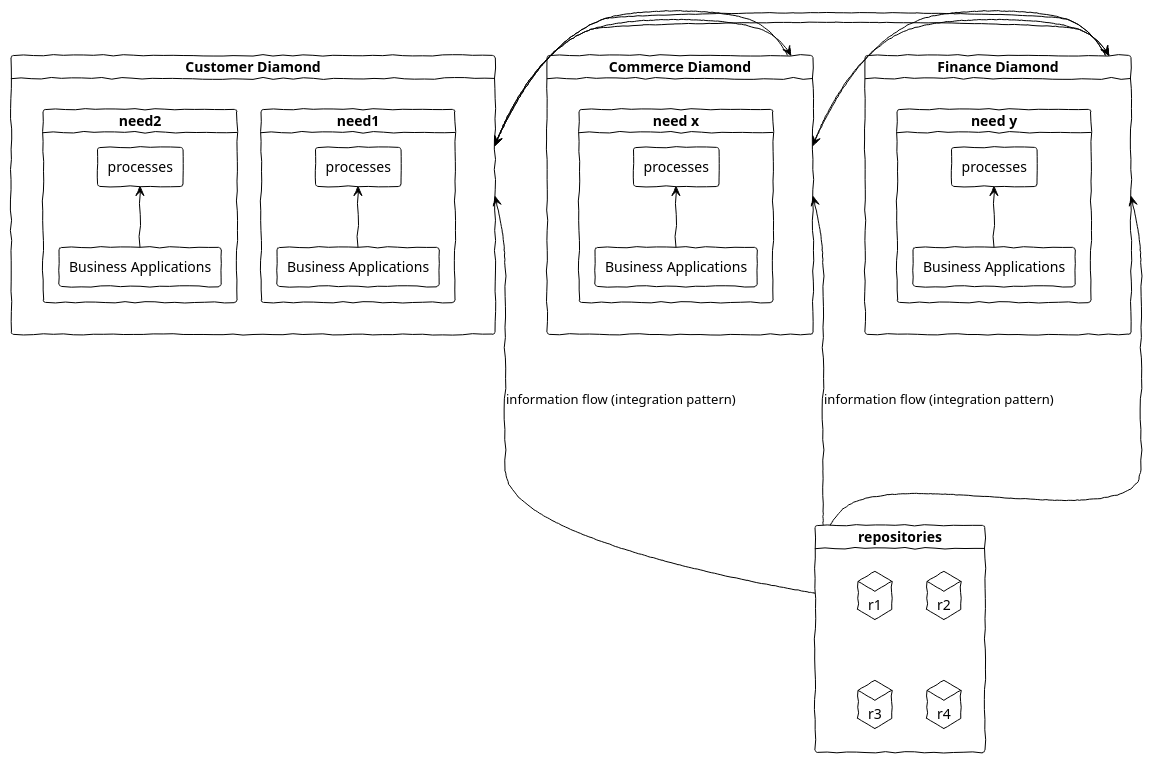
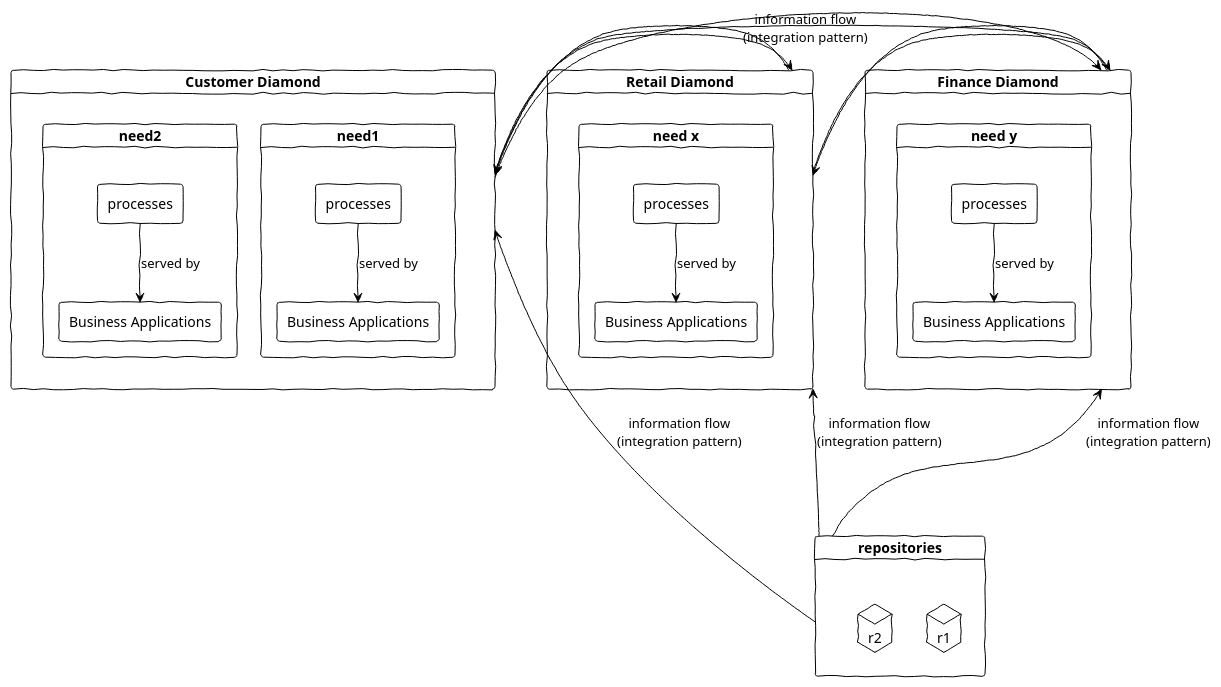
The third of 5 diagrams in ait/process-sketech.plantuml (olom70/diagrams), drawn with PlantUML before and after one commit. The commit also changed other lines of this file, not shown here.

```diff
--- a/ait/process-sketech.plantuml
+++ b/ait/process-sketech.plantuml
@@ -72,62 +76,60 @@
 @startuml Core Model
 skinparam handwritten true
 skinparam componentStyle rectangle
 !theme plain
 
 
 card "Customer Diamond" as c1 {
     
     card need1 {
         [processes] as p1
         [Business Applications] as b1
-        b1 -u-> p1
+        b1 <-u- p1 : served by
     }
 
     card need2 {
         [processes] as p1a
         [Business Applications] as b1a
-        b1a -u-> p1a
+        b1a <-u- p1a : served by
     }
 }
 
-card "Commerce Diamond" as c2 {
+card "Retail Diamond" as c2 {
     
     card "need x" {
         [processes] as p2
         [Business Applications] as b2
-        b2 -u-> p2
+        b2 <-u- p2 : served by
     }
 }
 
 card "Finance Diamond" as c3 {
     
     card "need y" {
     
         [processes] as p3
         [Business Applications] as b3
-        b3 -u-> p3
+        b3 <-u- p3 : served by
     }
 }
 
-c1 -> c2
-c2 -l-> c1
-c1 -> c3
+c1 -> c2 
+c2 -l-> c1 
+c1 -> c3 : information flow\n(integration pattern)
 c3 -l-> c1
 c2 -> c3
 c3 -l-> c2
 
 card repositories as c4 {
 
 database r1
 database r2
-database r3
-database r4
+
 }
 
-c4 -u--> c1 : information flow (integration pattern)
-c4 -u--> c2 : information flow (integration pattern)
-c4 -u----> c3
-
+c4 -u--> c1 : information flow\n(integration pattern)
+c4 -u--> c2 : information flow\n(integration pattern)
+c4 -u---> c3 : information flow\n(integration pattern)
 
 
 @enduml
```
